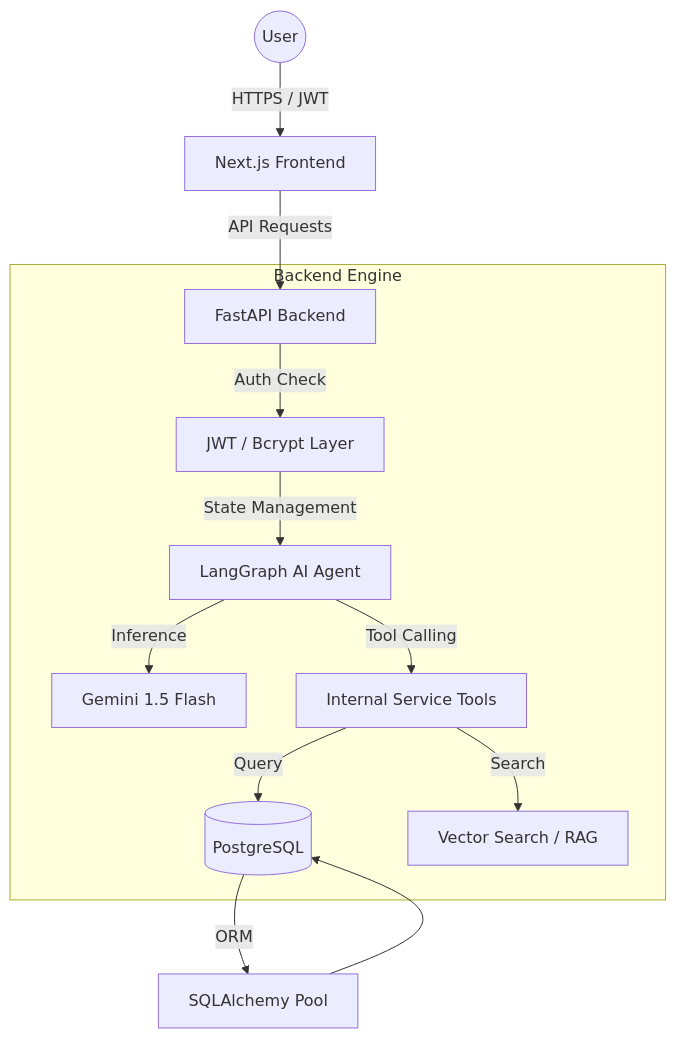
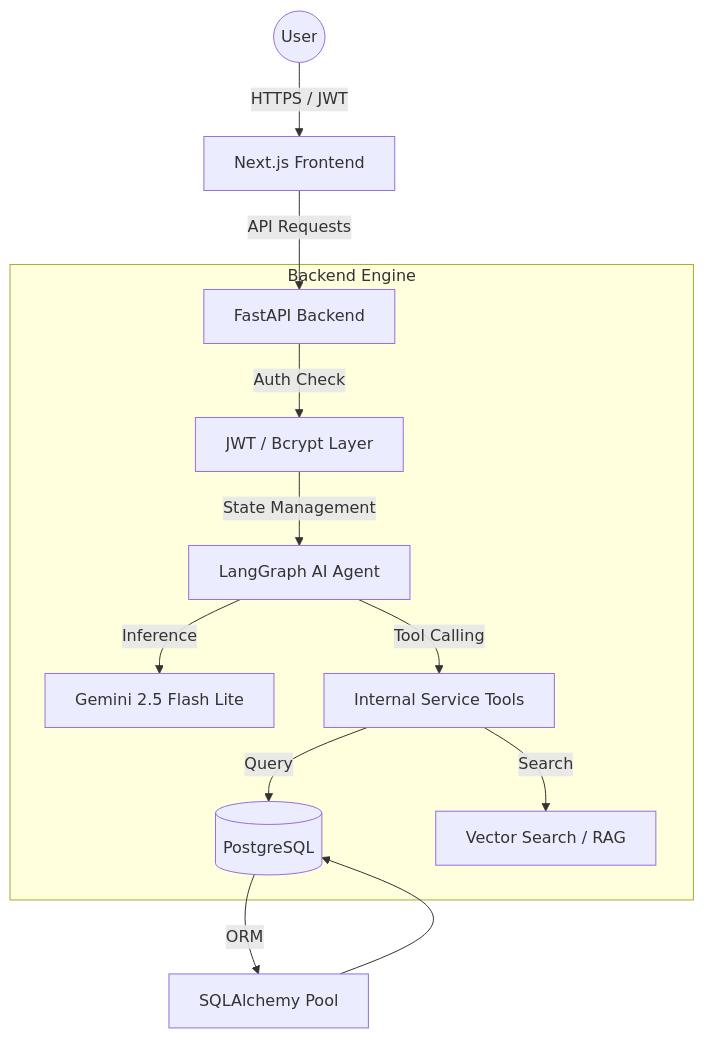
The diagram in ARCHITECTURE.md (labheshY/AI-Customer-Support), drawn with Mermaid before and after one commit.

Commit message:
update model name

````diff
--- a/ARCHITECTURE.md
+++ b/ARCHITECTURE.md
@@ -9,18 +9,18 @@
 ```mermaid
 graph TD
     User((User)) -->|HTTPS / JWT| Frontend[Next.js Frontend]
     Frontend -->|API Requests| FastAPI[FastAPI Backend]
     
     subgraph "Backend Engine"
         FastAPI -->|Auth Check| Security[JWT / Bcrypt Layer]
         Security -->|State Management| LangGraph[LangGraph AI Agent]
-        LangGraph -->|Inference| Gemini[Gemini 1.5 Flash]
+        LangGraph -->|Inference| Gemini[Gemini 2.5 Flash Lite]
         
         LangGraph -->|Tool Calling| Tools[Internal Service Tools]
         Tools -->|Query| DB[(PostgreSQL)]
         Tools -->|Search| RAG[Vector Search / RAG]
     end
     
     DB -->|ORM| SQLAlchemy[SQLAlchemy Pool]
     SQLAlchemy --> DB
 ```
````
